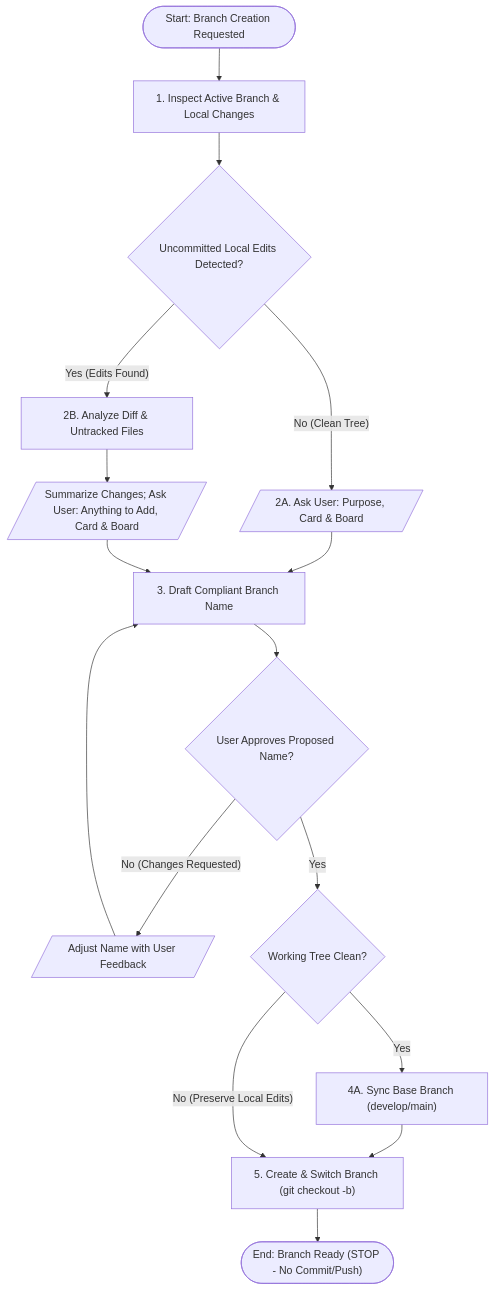
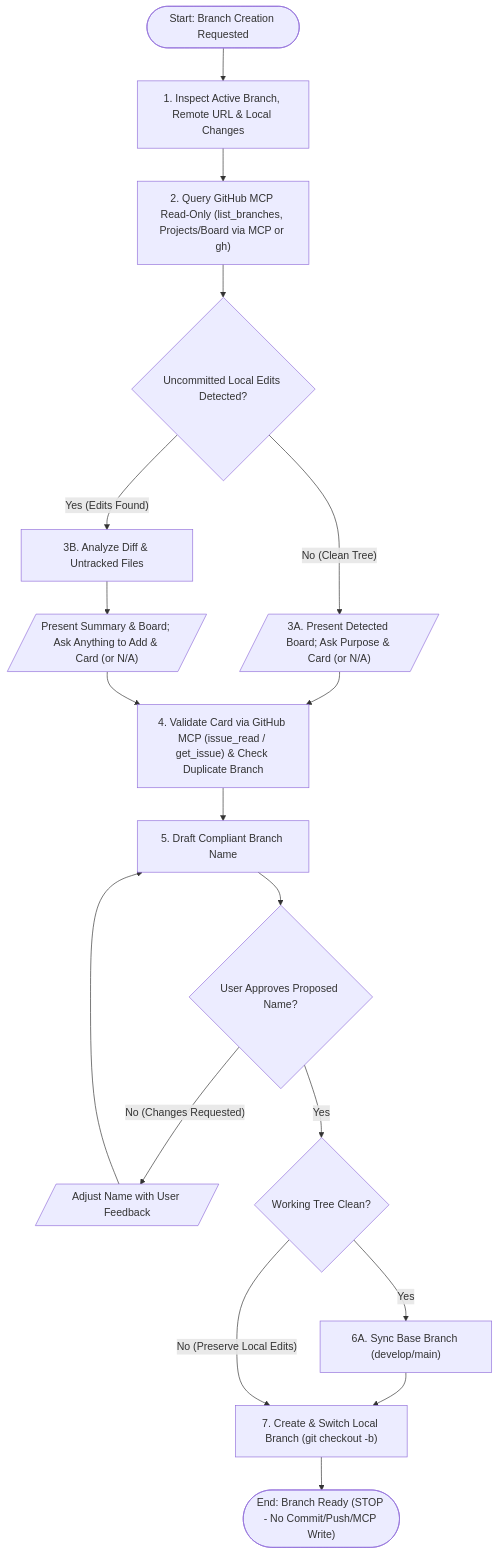
The diagram in AI/GEMINI/skills/git/branch.md (pedrovtof/Nievo-AI), drawn with Mermaid before and after one commit. The commit also changed other lines of this file and 27 other files, not shown here.

````diff
--- a/AI/GEMINI/skills/git/branch.md
+++ b/AI/GEMINI/skills/git/branch.md
@@ -60,23 +87,25 @@
 ```mermaid
 flowchart TD
-    start(["Start: Branch Creation Requested"]) --> inspect["1. Inspect Active Branch & Local Changes"]
-    inspect --> has_edits{"Uncommitted Local Edits Detected?"}
+    start(["Start: Branch Creation Requested"]) --> inspect["1. Inspect Active Branch, Remote URL & Local Changes"]
+    inspect --> mcp_ctx["2. Query GitHub MCP Read-Only (list_branches, Projects/Board via MCP or gh)"]
+    mcp_ctx --> has_edits{"Uncommitted Local Edits Detected?"}
 
-    has_edits -->|"No (Clean Tree)"| ask_clean[/"2A. Ask User: Purpose, Card & Board"/]
-    has_edits -->|"Yes (Edits Found)"| analyze_diff["2B. Analyze Diff & Untracked Files"]
-    analyze_diff --> ask_dirty[/"Summarize Changes; Ask User: Anything to Add, Card & Board"/]
+    has_edits -->|"No (Clean Tree)"| ask_clean[/"3A. Present Detected Board; Ask Purpose & Card (or N/A)"/]
+    has_edits -->|"Yes (Edits Found)"| analyze_diff["3B. Analyze Diff & Untracked Files"]
+    analyze_diff --> ask_dirty[/"Present Summary & Board; Ask Anything to Add & Card (or N/A)"/]
 
-    ask_clean --> propose["3. Draft Compliant Branch Name"]
-    ask_dirty --> propose
+    ask_clean --> validate_card["4. Validate Card via GitHub MCP (issue_read / get_issue) & Check Duplicate Branch"]
+    ask_dirty --> validate_card
 
+    validate_card --> propose["5. Draft Compliant Branch Name"]
     propose --> confirm{"User Approves Proposed Name?"}
     confirm -->|"No (Changes Requested)"| refine[/"Adjust Name with User Feedback"/]
     refine --> propose
 
     confirm -->|"Yes"| clean_check{"Working Tree Clean?"}
-    clean_check -->|"Yes"| sync_base["4A. Sync Base Branch (develop/main)"]
-    sync_base --> create_branch["5. Create & Switch Branch (git checkout -b)"]
+    clean_check -->|"Yes"| sync_base["6A. Sync Base Branch (develop/main)"]
+    sync_base --> create_branch["7. Create & Switch Local Branch (git checkout -b)"]
     clean_check -->|"No (Preserve Local Edits)"| create_branch
 
-    create_branch --> finish(["End: Branch Ready (STOP - No Commit/Push)"])
+    create_branch --> finish(["End: Branch Ready (STOP - No Commit/Push/MCP Write)"])
 ```
````
